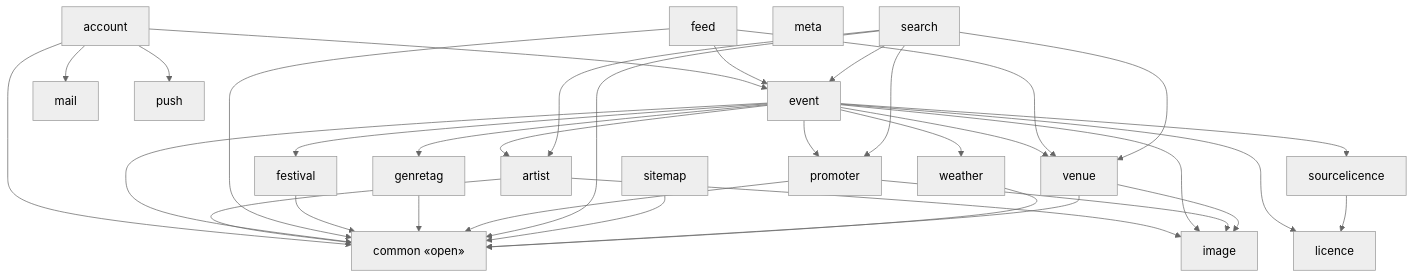
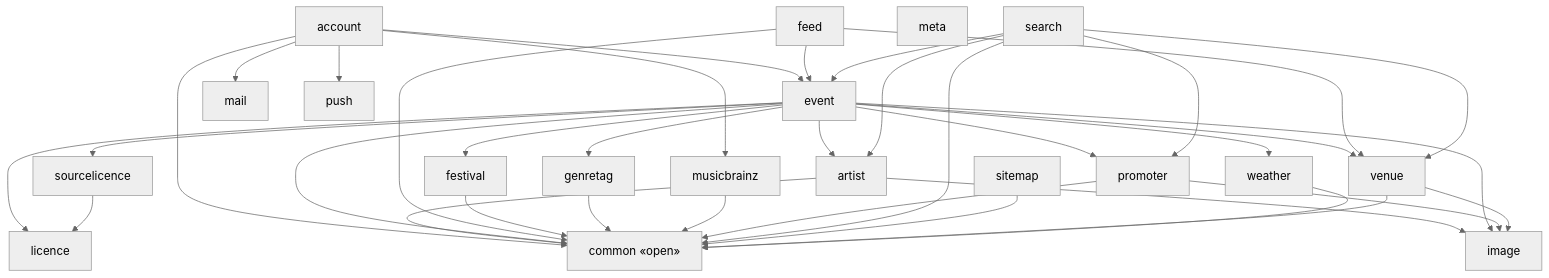
The diagram in docs/architecture/modules-events-bff.md (enorm-labs/event-junkie), drawn with Mermaid (neutral theme) before and after one commit. The commit also changed 30 other files, not shown here.

````diff
--- a/docs/architecture/modules-events-bff.md
+++ b/docs/architecture/modules-events-bff.md
@@ -9,55 +9,58 @@
 ```mermaid
 flowchart TD
     account["account"]
     artist["artist"]
     common["common «open»"]
     event["event"]
     feed["feed"]
     festival["festival"]
     genretag["genretag"]
     image["image"]
     licence["licence"]
     mail["mail"]
     meta["meta"]
+    musicbrainz["musicbrainz"]
     promoter["promoter"]
     push["push"]
     search["search"]
     sitemap["sitemap"]
     sourcelicence["sourcelicence"]
     venue["venue"]
     weather["weather"]
 
     account --> common
     account --> event
     account --> mail
+    account --> musicbrainz
     account --> push
     artist --> common
     artist --> image
     event --> artist
     event --> common
     event --> festival
     event --> genretag
     event --> image
     event --> licence
     event --> promoter
     event --> sourcelicence
     event --> venue
     event --> weather
     feed --> common
     feed --> event
     feed --> venue
     festival --> common
     genretag --> common
+    musicbrainz --> common
     promoter --> common
     promoter --> image
     search --> artist
     search --> common
     search --> event
     search --> promoter
     search --> venue
     sitemap --> common
     sourcelicence --> licence
     venue --> common
     venue --> image
     weather --> common
 ```
````
